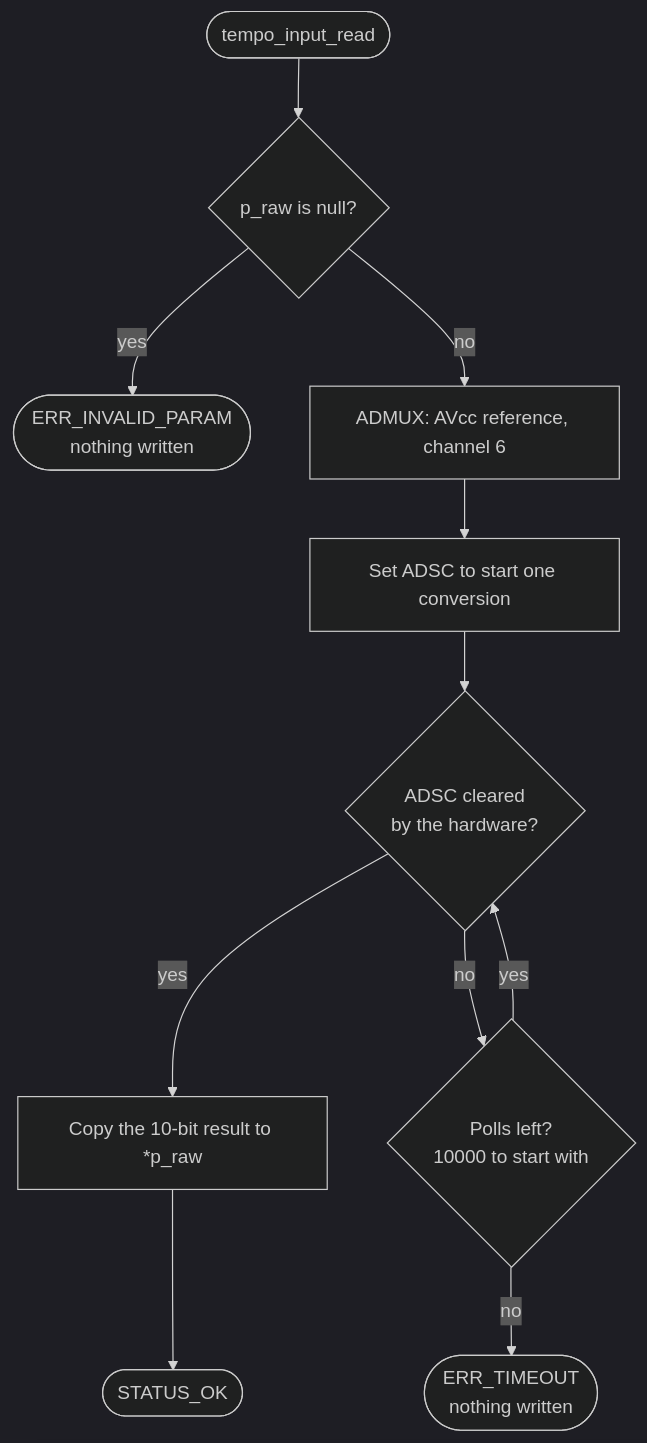
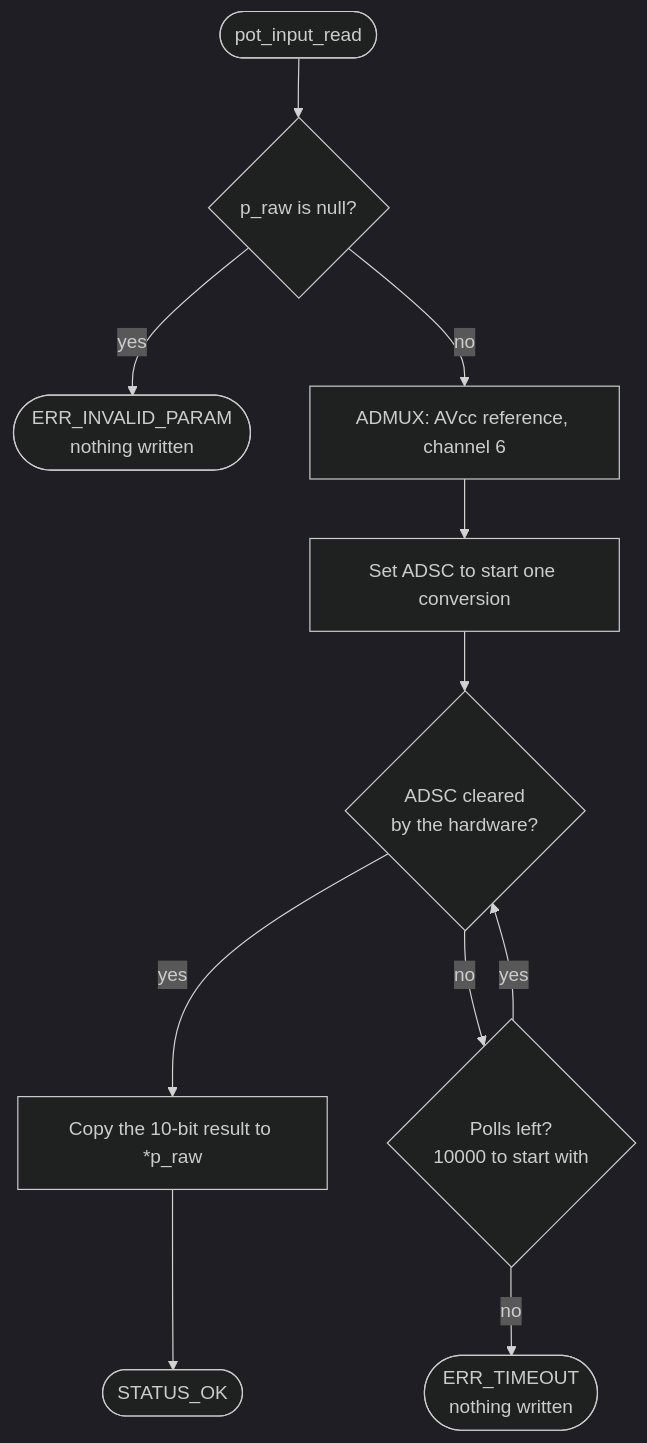
One commit to BonelessPig/nano_sequencer changed diagram 16 of 28 in docs/ARCHITECTURE.md. Above: the diagram before and after it, drawn with Mermaid (dark theme). The commit also changed other lines of this file and 9 other files, not shown here.

First line of the commit message:
Rename the tempo input port to the pot input port

````diff
--- a/docs/ARCHITECTURE.md
+++ b/docs/ARCHITECTURE.md
@@ -882,13 +882,13 @@
 ```mermaid
 flowchart TD
-    start(["tempo_input_read"]) --> check{"p_raw is null?"}
+    start(["pot_input_read"]) --> check{"p_raw is null?"}
     check -->|"yes"| bad(["ERR_INVALID_PARAM<br/>nothing written"])
     check -->|"no"| mux["ADMUX: AVcc reference, channel 6"]
     mux --> go["Set ADSC to start one conversion"]
     go --> poll{"ADSC cleared<br/>by the hardware?"}
     poll -->|"yes"| read["Copy the 10-bit result to *p_raw"]
     read --> ok(["STATUS_OK"])
     poll -->|"no"| budget{"Polls left?<br/>10000 to start with"}
     budget -->|"yes"| poll
     budget -->|"no"| late(["ERR_TIMEOUT<br/>nothing written"])
 ```
````
